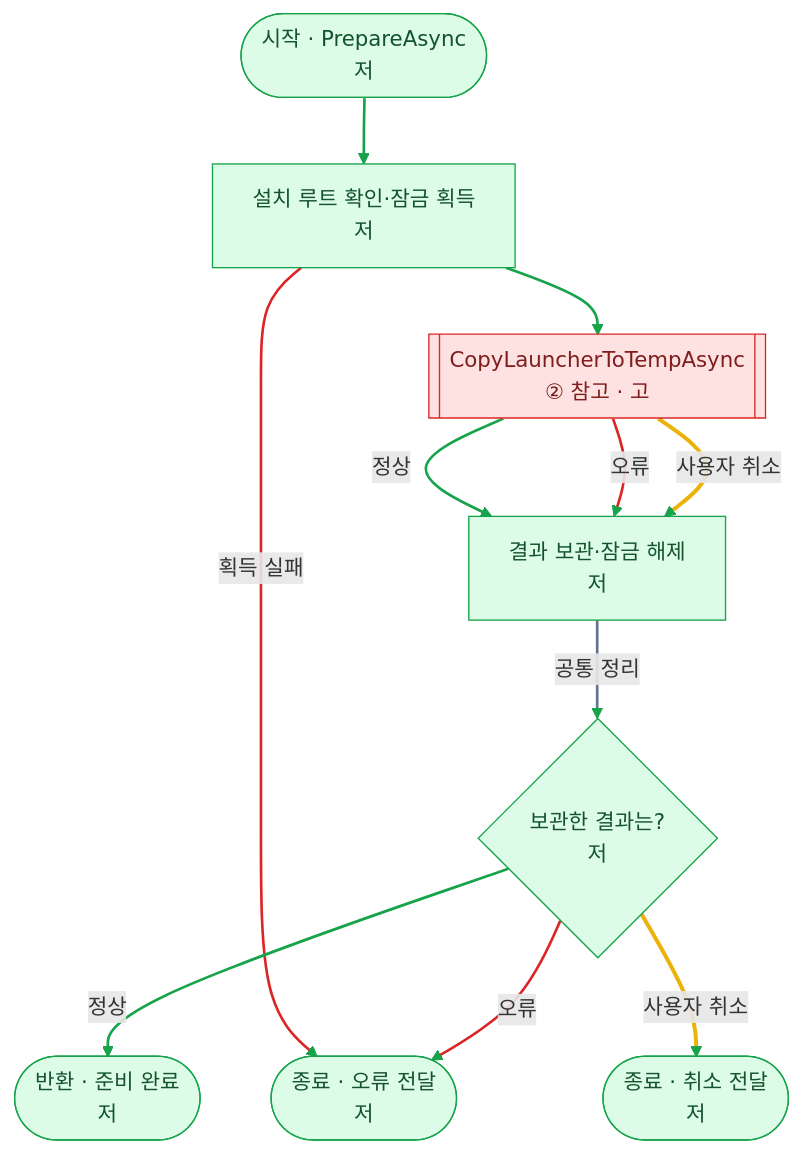
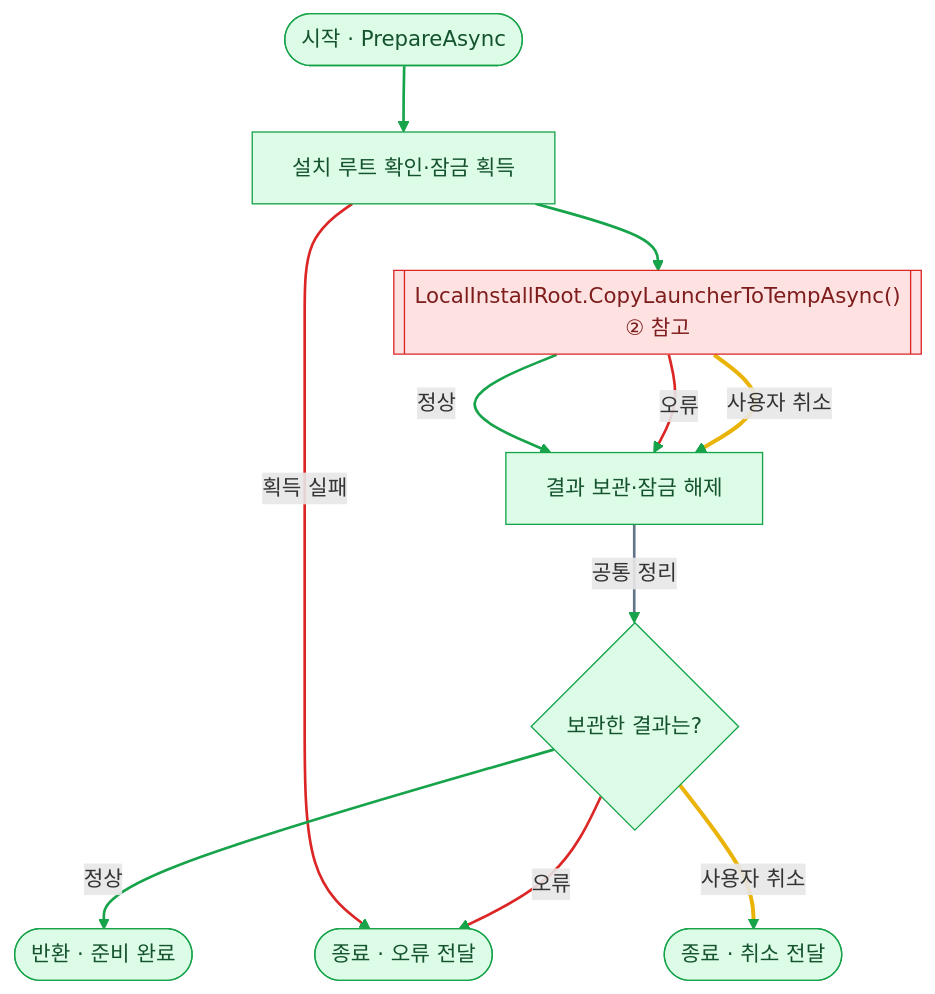
One commit to ParkMinDev/AgentSkills changed the fourth of 8 diagrams in skills/algorithm-flowchart/references/examples.md. Above: the diagram before and after it, drawn with Mermaid. The commit also changed other lines of this file and 2 other files, not shown here.

Commit message:
Improve flowchart function titles and visibility notation

````diff
--- a/skills/algorithm-flowchart/references/examples.md
+++ b/skills/algorithm-flowchart/references/examples.md
@@ -104,21 +104,21 @@
 ```mermaid
 flowchart TD
-    START(["시작 · PrepareAsync<br/>저"]) --> ACQUIRE["설치 루트 확인·잠금 획득<br/>저"]
-    ACQUIRE --> CALL[["CopyLauncherToTempAsync<br/>② 참고 · 고"]]
-    ACQUIRE -->|획득 실패| ERROR(["종료 · 오류 전달<br/>저"])
-    CALL -->|정상| CLEAN["결과 보관·잠금 해제<br/>저"]
+    START(["시작 · PrepareAsync"]) --> ACQUIRE["설치 루트 확인·잠금 획득"]
+    ACQUIRE --> CALL[["LocalInstallRoot.CopyLauncherToTempAsync()<br/>② 참고"]]
+    ACQUIRE -->|획득 실패| ERROR(["종료 · 오류 전달"])
+    CALL -->|정상| CLEAN["결과 보관·잠금 해제"]
     CALL -->|오류| CLEAN
     CALL -->|사용자 취소| CLEAN
-    CLEAN -->|공통 정리| RESULT{"보관한 결과는?<br/>저"}
-    RESULT -->|정상| DONE(["반환 · 준비 완료<br/>저"])
+    CLEAN -->|공통 정리| RESULT{"보관한 결과는?"}
+    RESULT -->|정상| DONE(["반환 · 준비 완료"])
     RESULT -->|오류| ERROR
-    RESULT -->|사용자 취소| CANCEL(["종료 · 취소 전달<br/>저"])
+    RESULT -->|사용자 취소| CANCEL(["종료 · 취소 전달"])
     classDef low fill:#dcfce7,stroke:#16a34a,color:#14532d
     classDef high fill:#fee2e2,stroke:#dc2626,color:#7f1d1d
     class START,ACQUIRE,CLEAN,RESULT,DONE,ERROR,CANCEL low
     class CALL high
     linkStyle default stroke:#16A34A,stroke-width:2px
     linkStyle 2,4,8 stroke:#DC2626,stroke-width:2px
     linkStyle 5,9 stroke:#EAB308,stroke-width:3px
     linkStyle 6 stroke:#64748B,stroke-width:2px
 ```
````
